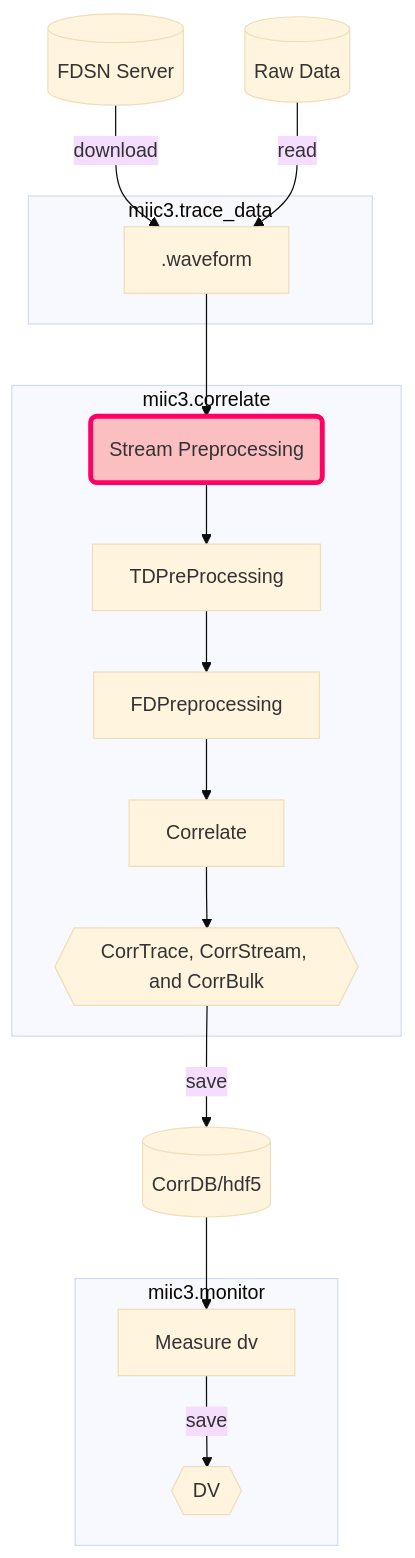
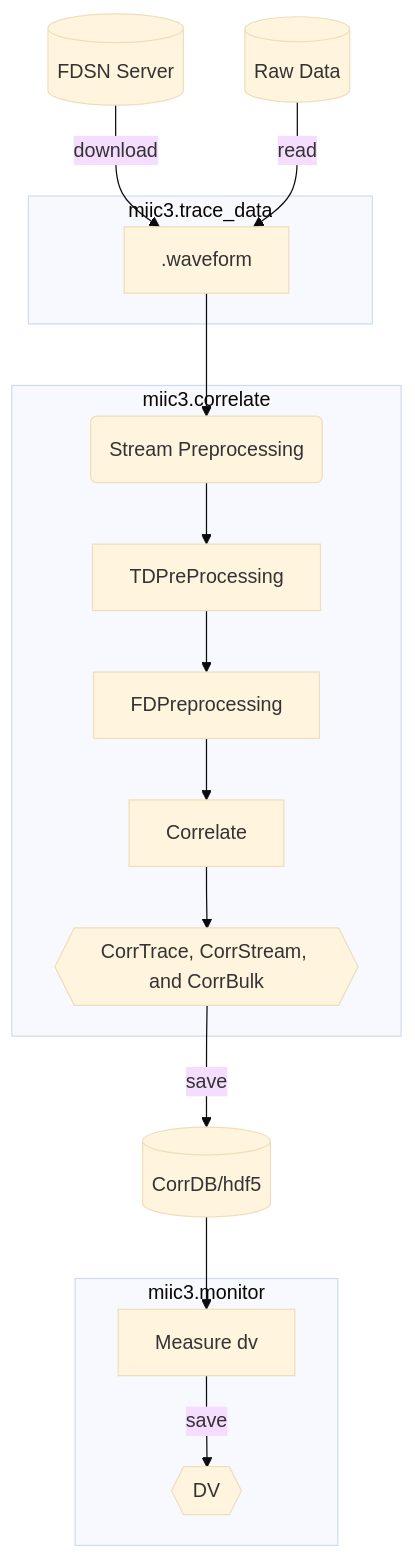
One commit to PeterMakus/SeisMIC changed the diagram in docs/source/index.rst. Above: the diagram before and after it, drawn with Mermaid. The commit also changed 48 other files, not shown here.

```diff
--- a/docs/source/index.rst
+++ b/docs/source/index.rst
@@ -25,23 +25,32 @@
 .. mermaid::
 
     %%{init: { 'logLevel': 'debug', 'theme': 'base' } }%%
     graph TD
         fdsn[(FDSN Server)] -->|download| waveform
         raw[(Raw Data)] -->|read| waveform
         waveform[.waveform] --> preprocess_st(Stream Preprocessing)
         subgraph miic3.trace_data
         waveform
         end
         subgraph miic3.correlate
-        preprocess_st:::active --> preprocessing_td[TDPreProcessing]
+        preprocess_st --> preprocessing_td[TDPreProcessing]
         preprocessing_td --> preprocessing_fd[FDPreprocessing]
         preprocessing_fd --> correlate[Correlate]
         correlate --> stream{{CorrTrace, CorrStream, and CorrBulk}}
         end
         stream -->|save| corrdb[(CorrDB/hdf5)]
         corrdb --> monitor
         subgraph miic3.monitor
         monitor[Measure dv] -->|save| dv{{DV}}
         end
-        click waveform "http://www.github.com" "trace_data"
+        click waveform "./modules/trace_data.html" "trace_data"
+        click miic3.correlate "./modules/correlate.html" "correlate"
+        click preprocess_st "./modules/correlate/get_started.html#preprocessing-arguments" "preprocessing"
+        click preprocessing_fd "./modules/correlate/get_started.html#preprocessing-arguments" "preprocessing"
+        click preprocessing_td "./modules/correlate/get_started.html#preprocessing-arguments" "preprocessing"
+        click correlate "./modules/correlate.html" "correlate"
+        click stream "./modules/correlate/stream.html" "CorrStream"
+        click corrdb "./modules/corrdb.html" "CorrDB"
+        click monitor "./modules/monitor.html" "Monitor"
+        click dv "./modules/monitor/dv.html" "DV"
         classDef active fill:#f666, stroke-width:4px, stroke:#f06;
```
